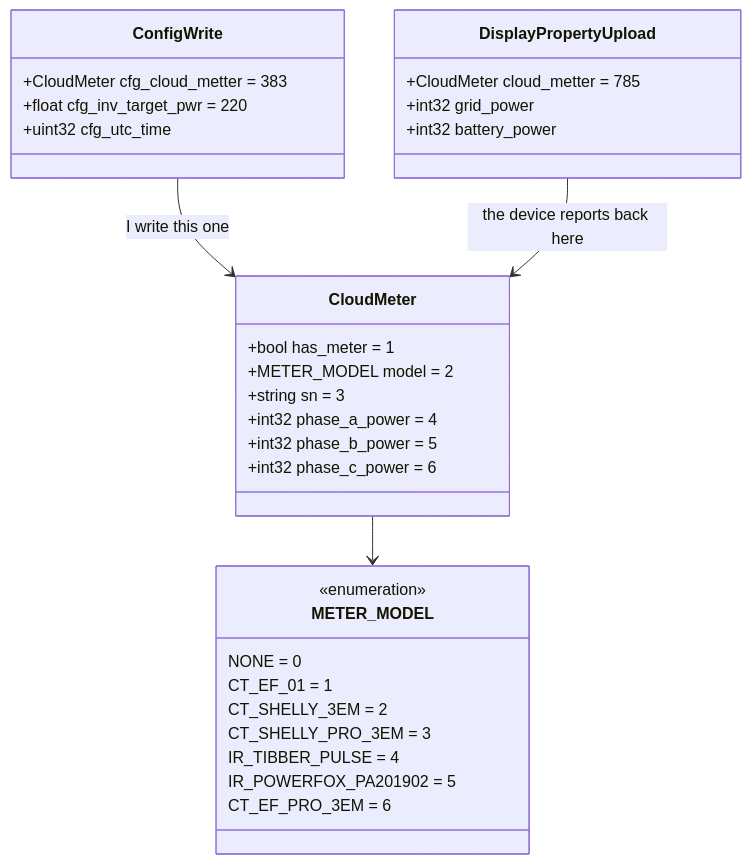
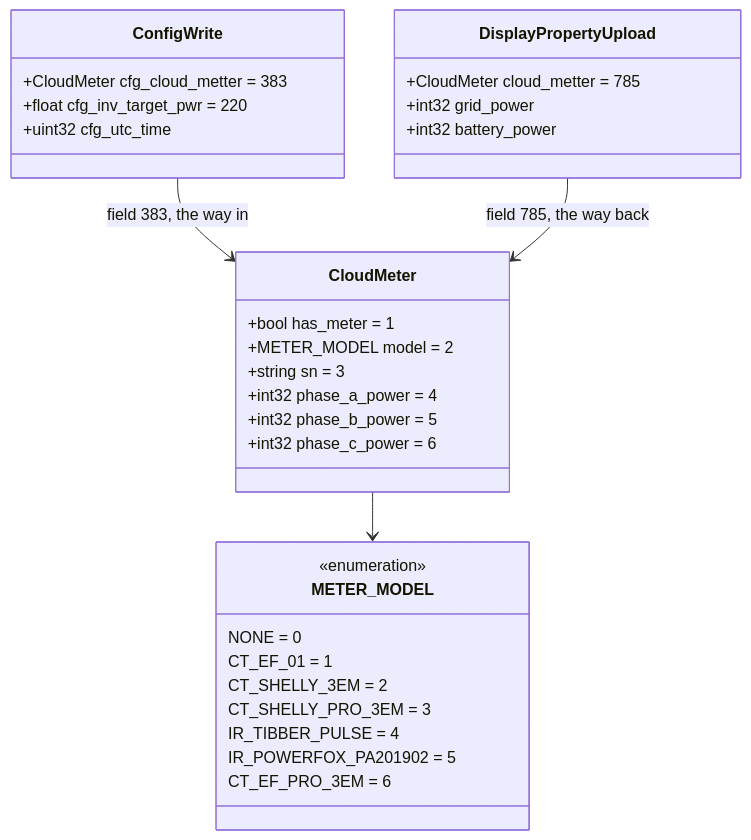
Before and after one commit to phoinixgrr/mastori: the third of 17 diagrams in content/posts/ecoflow-zero-export-ble-meter-injection/index.md, drawn with Mermaid. The commit also changed other lines of this file, not shown here.

First line of the commit message:
Rewrite zero-export post: plainer prose, BIAS named, 17 diagrams

```diff
--- a/content/posts/ecoflow-zero-export-ble-meter-injection/index.md
+++ b/content/posts/ecoflow-zero-export-ble-meter-injection/index.md
@@ -104,34 +112,34 @@
 {{< mermaid >}}
 classDiagram
     class ConfigWrite {
         +CloudMeter cfg_cloud_metter = 383
         +float cfg_inv_target_pwr = 220
         +uint32 cfg_utc_time
     }
     class DisplayPropertyUpload {
         +CloudMeter cloud_metter = 785
         +int32 grid_power
         +int32 battery_power
     }
     class CloudMeter {
         +bool has_meter = 1
         +METER_MODEL model = 2
         +string sn = 3
         +int32 phase_a_power = 4
         +int32 phase_b_power = 5
         +int32 phase_c_power = 6
     }
     class METER_MODEL {
         <<enumeration>>
         NONE = 0
         CT_EF_01 = 1
         CT_SHELLY_3EM = 2
         CT_SHELLY_PRO_3EM = 3
         IR_TIBBER_PULSE = 4
         IR_POWERFOX_PA201902 = 5
         CT_EF_PRO_3EM = 6
     }
-    ConfigWrite --> CloudMeter : I write this one
-    DisplayPropertyUpload --> CloudMeter : the device reports back here
+    ConfigWrite --> CloudMeter : field 383, the way in
+    DisplayPropertyUpload --> CloudMeter : field 785, the way back
     CloudMeter --> METER_MODEL
 {{< /mermaid >}}
```
